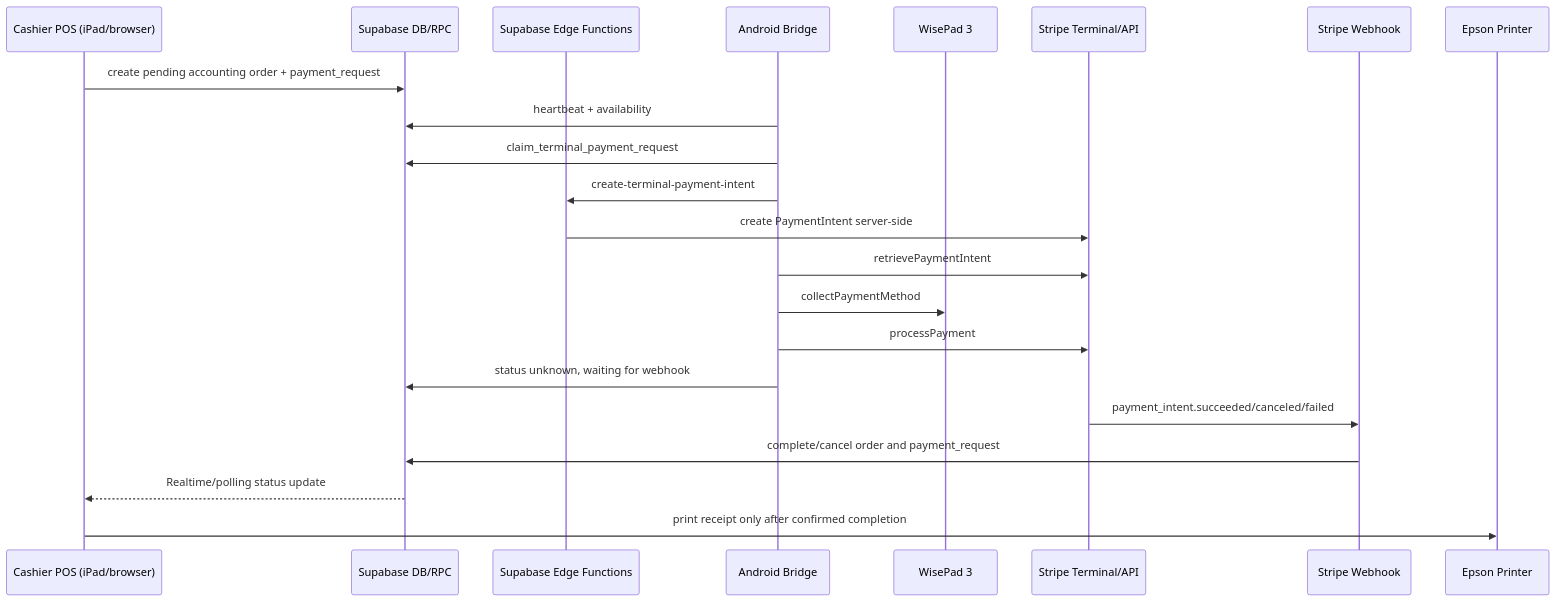
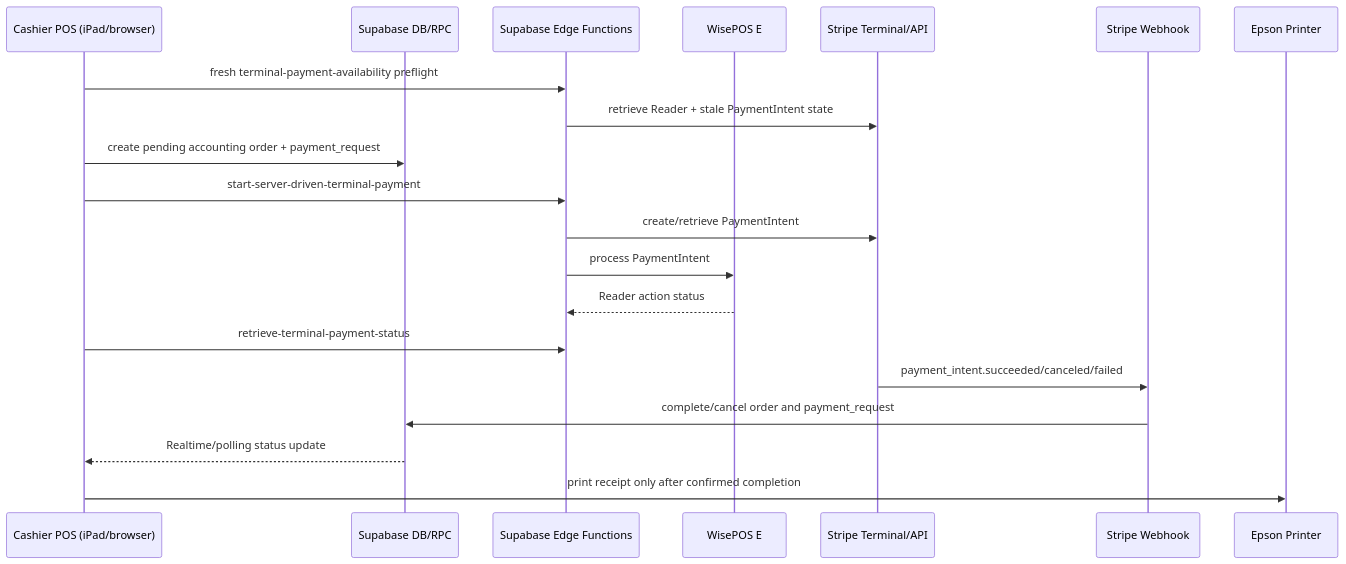
Before and after one commit to fatoh112/cashmint: the first of 2 diagrams in app_structure_documentation.md, drawn with Mermaid. The commit also changed other lines of this file, not shown here.

Commit message:
docs: update WisePOS E app structure

````diff
--- a/app_structure_documentation.md
+++ b/app_structure_documentation.md
@@ -100,25 +99,23 @@
 ```mermaid
 sequenceDiagram
     participant POS as Cashier POS (iPad/browser)
     participant DB as Supabase DB/RPC
     participant Fn as Supabase Edge Functions
-    participant Android as Android Bridge
-    participant Reader as WisePad 3
+    participant Reader as WisePOS E
     participant Stripe as Stripe Terminal/API
     participant Webhook as Stripe Webhook
     participant Printer as Epson Printer
 
+    POS->>Fn: fresh terminal-payment-availability preflight
+    Fn->>Stripe: retrieve Reader + stale PaymentIntent state
     POS->>DB: create pending accounting order + payment_request
-    Android->>DB: heartbeat + availability
-    Android->>DB: claim_terminal_payment_request
-    Android->>Fn: create-terminal-payment-intent
-    Fn->>Stripe: create PaymentIntent server-side
-    Android->>Stripe: retrievePaymentIntent
-    Android->>Reader: collectPaymentMethod
-    Android->>Stripe: processPayment
-    Android->>DB: status unknown, waiting for webhook
+    POS->>Fn: start-server-driven-terminal-payment
+    Fn->>Stripe: create/retrieve PaymentIntent
+    Fn->>Reader: process PaymentIntent
+    Reader-->>Fn: Reader action status
+    POS->>Fn: retrieve-terminal-payment-status
     Stripe->>Webhook: payment_intent.succeeded/canceled/failed
     Webhook->>DB: complete/cancel order and payment_request
     DB-->>POS: Realtime/polling status update
     POS->>Printer: print receipt only after confirmed completion
 ```
````
